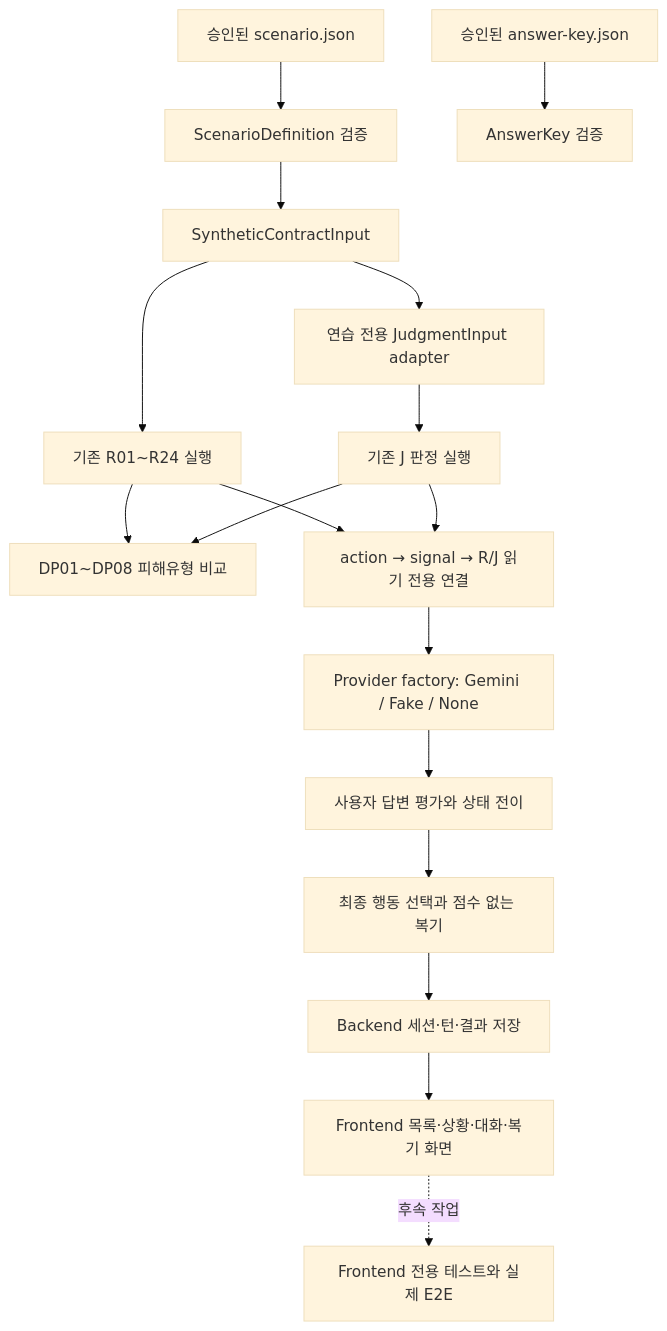
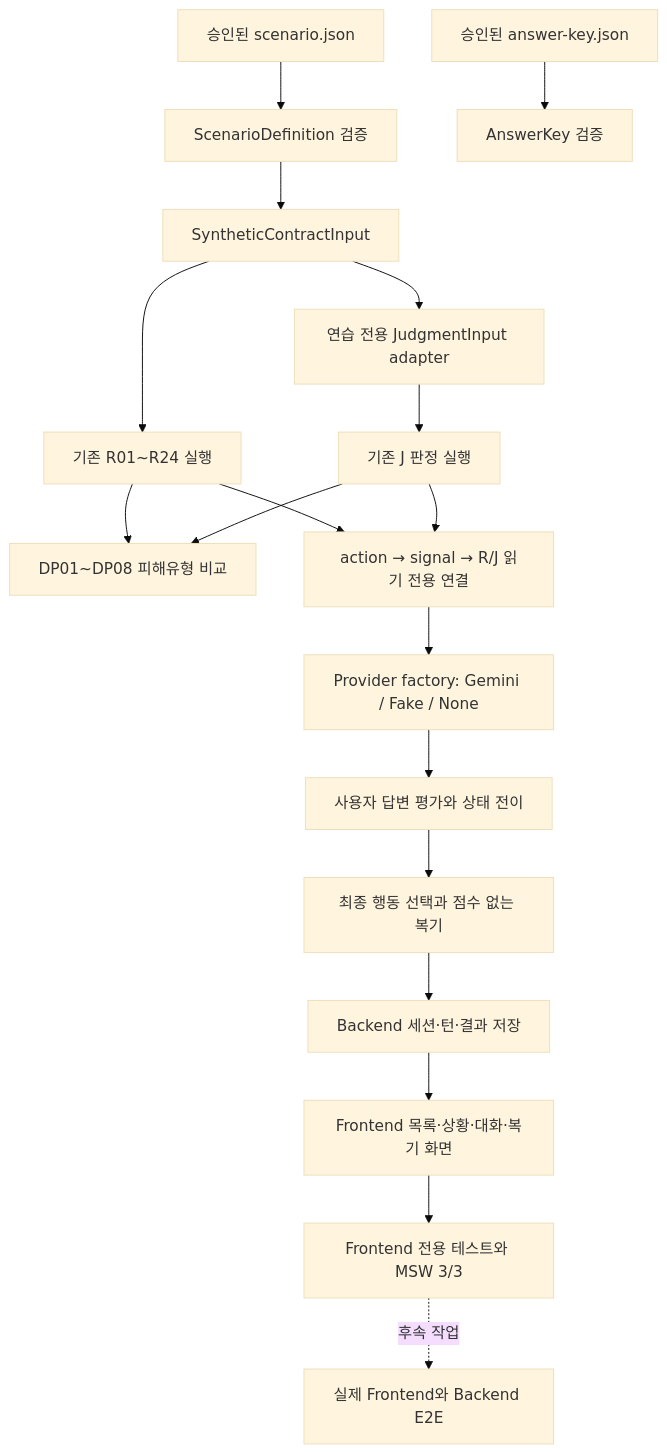
The diagram in docs/planning/practice-simulation-work-guide.md (coding-jhj/Lease-Companion), drawn with Mermaid (base theme) before and after one commit. The commit also changed other lines of this file and 3 other files, not shown here.

Commit message:
test(practice): cover frontend simulation flow

````diff
--- a/docs/planning/practice-simulation-work-guide.md
+++ b/docs/planning/practice-simulation-work-guide.md
@@ -55,19 +57,20 @@
 ```mermaid
 flowchart TD
     A[승인된 scenario.json] --> B[ScenarioDefinition 검증]
     C[승인된 answer-key.json] --> D[AnswerKey 검증]
     B --> E[SyntheticContractInput]
     E --> F[기존 R01~R24 실행]
     E --> G[연습 전용 JudgmentInput adapter]
     G --> H[기존 J 판정 실행]
     F --> I[DP01~DP08 피해유형 비교]
     H --> I
     F --> J[action → signal → R/J 읽기 전용 연결]
     H --> J
     J --> P[Provider factory: Gemini / Fake / None]
     P --> K[사용자 답변 평가와 상태 전이]
     K --> N[최종 행동 선택과 점수 없는 복기]
     N --> L[Backend 세션·턴·결과 저장]
     L --> M[Frontend 목록·상황·대화·복기 화면]
-    M -. 후속 작업 .-> O[Frontend 전용 테스트와 실제 E2E]
+    M --> O[Frontend 전용 테스트와 MSW 3/3]
+    O -. 후속 작업 .-> Q[실제 Frontend와 Backend E2E]
 ```
````
